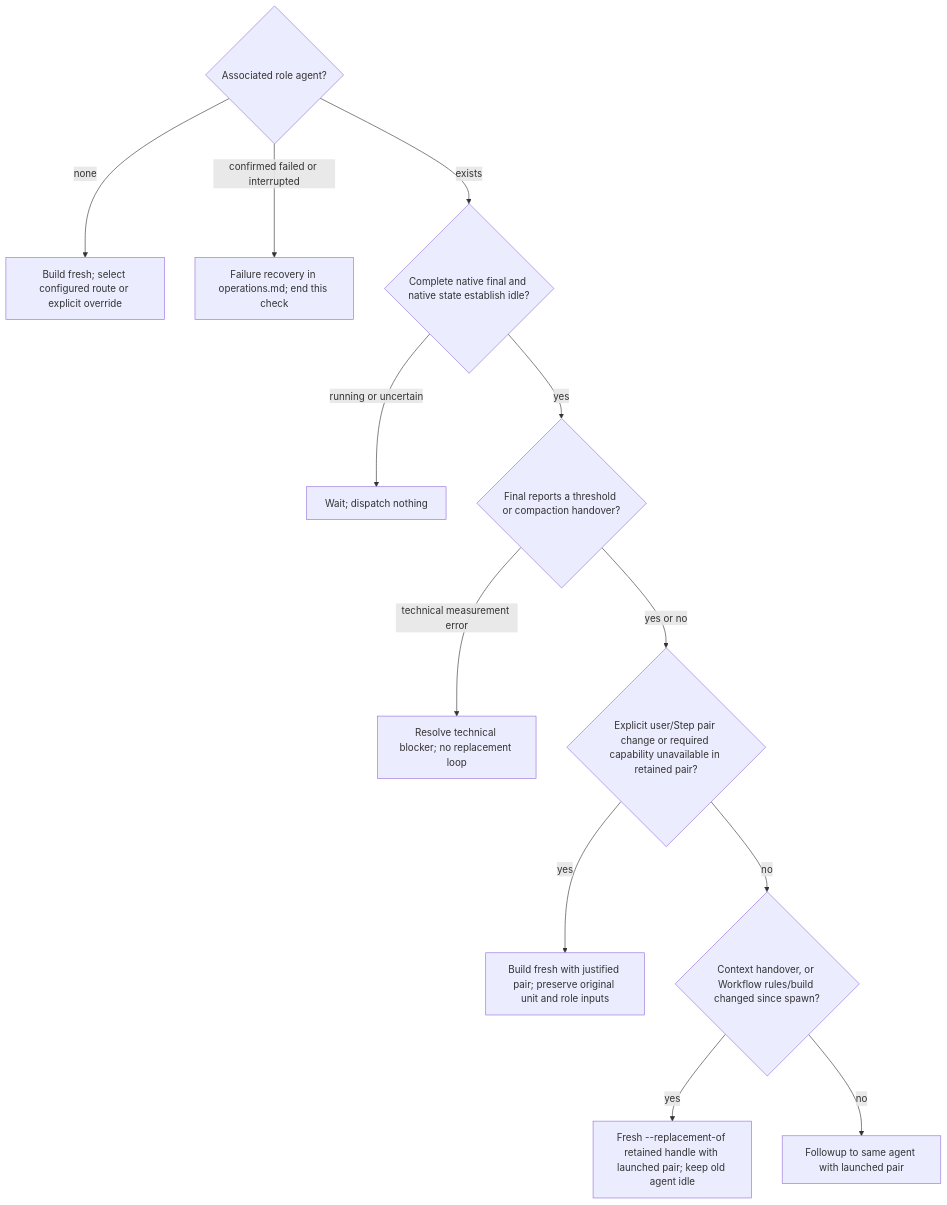
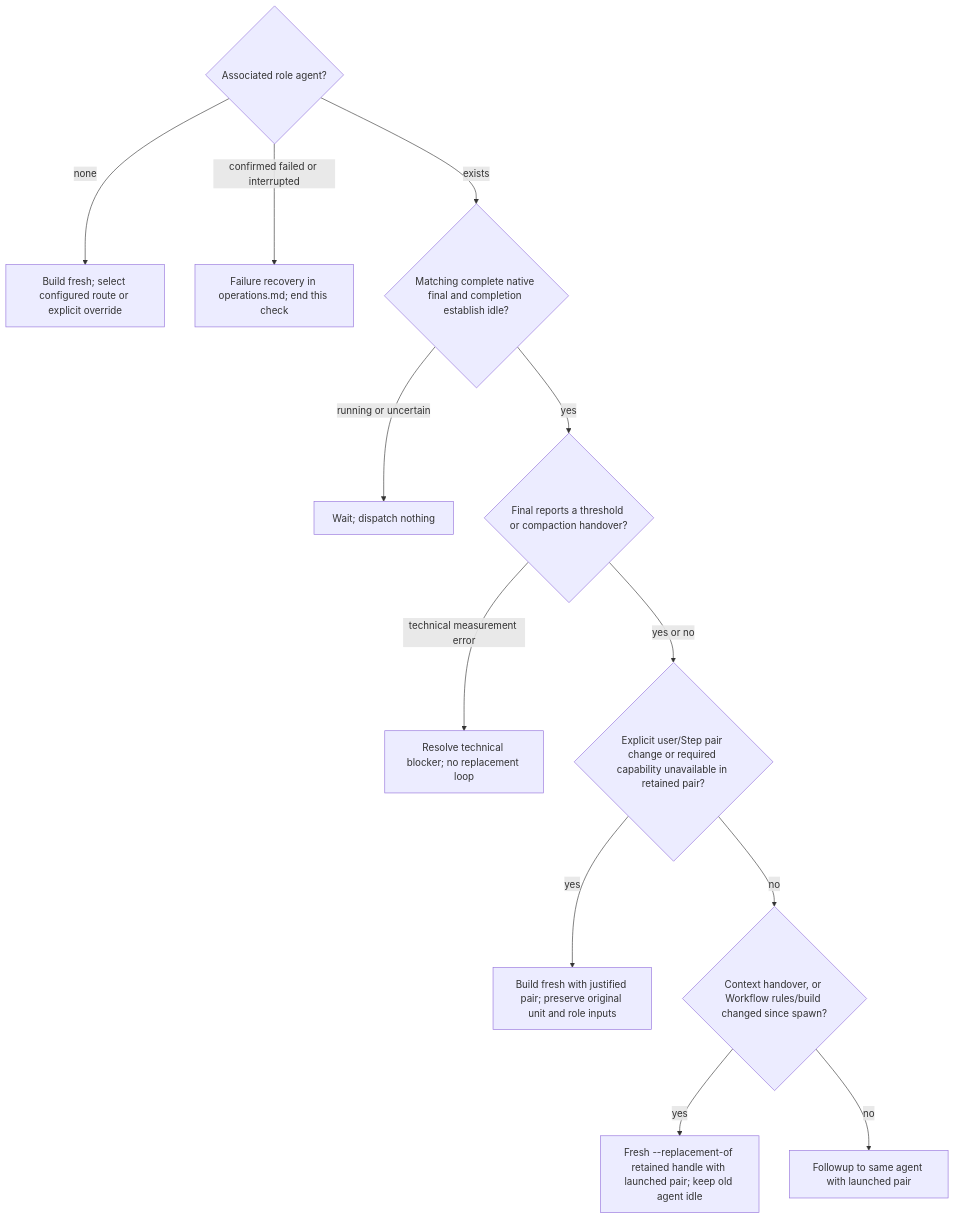
Before and after one commit to benjaminstelzer/scoville-suite-for-codex: the diagram in members/scoville-workflow-for-codex/scoville-workflow-for-codex/references/operations-dispatch.md, drawn with Mermaid. The commit also changed other lines of this file and 32 other files, not shown here.

````diff
--- a/members/scoville-workflow-for-codex/scoville-workflow-for-codex/references/operations-dispatch.md
+++ b/members/scoville-workflow-for-codex/scoville-workflow-for-codex/references/operations-dispatch.md
@@ -40,15 +40,15 @@
 ```mermaid
 flowchart TD
   associated{"Associated role agent?"}
   associated -->|none| fresh["Build fresh; select configured route or explicit override"]
   associated -->|confirmed failed or interrupted| recovery["Failure recovery in operations.md; end this check"]
-  associated -->|exists| idle{"Complete native final and native state establish idle?"}
+  associated -->|exists| idle{"Matching complete native final and completion establish idle?"}
   idle -->|running or uncertain| wait["Wait; dispatch nothing"]
   idle -->|yes| context{"Final reports a threshold or compaction handover?"}
   context -->|technical measurement error| blocked["Resolve technical blocker; no replacement loop"]
   context -->|yes or no| choice{"Explicit user/Step pair change or required capability unavailable in retained pair?"}
   choice -->|yes| changed["Build fresh with justified pair; preserve original unit and role inputs"]
   choice -->|no| replace{"Context handover, or Workflow rules/build changed since spawn?"}
   replace -->|yes| replacement["Fresh --replacement-of retained handle with launched pair; keep old agent idle"]
   replace -->|no| reuse["Followup to same agent with launched pair"]
 ```
````
